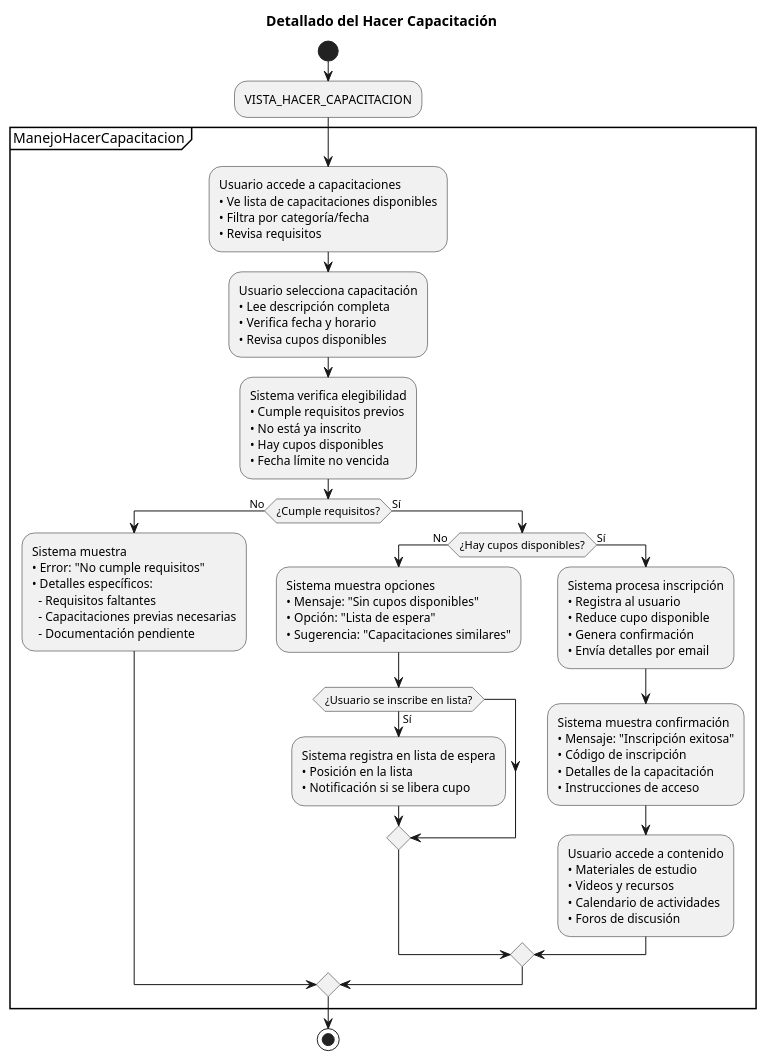
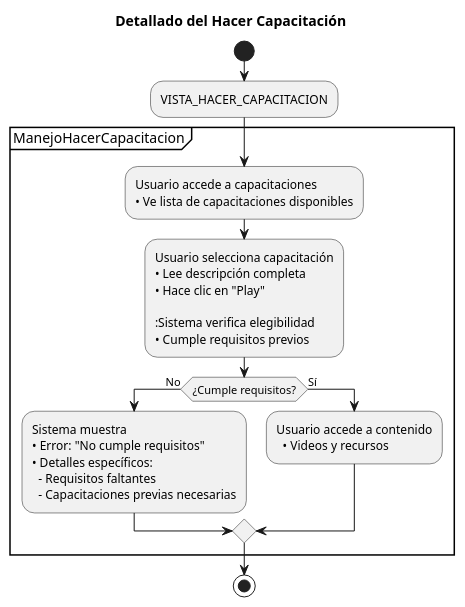
One commit to Dievex/24-25-IdSw1-SDR changed the diagram in casos_de_uso/diagramas_casos_de_uso_detallados/hacer_capacitacion.puml. Above: the diagram before and after it, drawn with PlantUML.

```diff
--- a/casos_de_uso/diagramas_casos_de_uso_detallados/hacer_capacitacion.puml
+++ b/casos_de_uso/diagramas_casos_de_uso_detallados/hacer_capacitacion.puml
@@ -1,74 +1,40 @@
 @startuml
 title Detallado del Hacer Capacitación
 
 start
 
 :VISTA_HACER_CAPACITACION;
 
 partition ManejoHacerCapacitacion {
   
   :Usuario accede a capacitaciones
-  • Ve lista de capacitaciones disponibles
-  • Filtra por categoría/fecha
-  • Revisa requisitos;
+  • Ve lista de capacitaciones disponibles;
+
   
   :Usuario selecciona capacitación
   • Lee descripción completa
-  • Verifica fecha y horario
-  • Revisa cupos disponibles;
+  • Hace clic en "Play"
   
   :Sistema verifica elegibilidad
-  • Cumple requisitos previos
-  • No está ya inscrito
-  • Hay cupos disponibles
-  • Fecha límite no vencida;
+  • Cumple requisitos previos;
+  
   
   if (¿Cumple requisitos?) then (No)
     :Sistema muestra
     • Error: "No cumple requisitos"
     • Detalles específicos:
       - Requisitos faltantes
-      - Capacitaciones previas necesarias
-      - Documentación pendiente;
+      - Capacitaciones previas necesarias;
+    
     
   else (Sí)
-    if (¿Hay cupos disponibles?) then (No)
-      :Sistema muestra opciones
-      • Mensaje: "Sin cupos disponibles"
-      • Opción: "Lista de espera"
-      • Sugerencia: "Capacitaciones similares";
-      
-      if (¿Usuario se inscribe en lista?) then (Sí)
-        :Sistema registra en lista de espera
-        • Posición en la lista
-        • Notificación si se libera cupo;
-        
-      endif
-      
-    else (Sí)
-      :Sistema procesa inscripción
-      • Registra al usuario
-      • Reduce cupo disponible
-      • Genera confirmación
-      • Envía detalles por email;
-      
-      :Sistema muestra confirmación
-      • Mensaje: "Inscripción exitosa"
-      • Código de inscripción
-      • Detalles de la capacitación
-      • Instrucciones de acceso;
-      
-      :Usuario accede a contenido
-      • Materiales de estudio
-      • Videos y recursos
-      • Calendario de actividades
-      • Foros de discusión;
-      
-    endif
+    :Usuario accede a contenido
+      • Videos y recursos;
+       
     
   endif
   
 }
 
 stop
 @enduml
```
